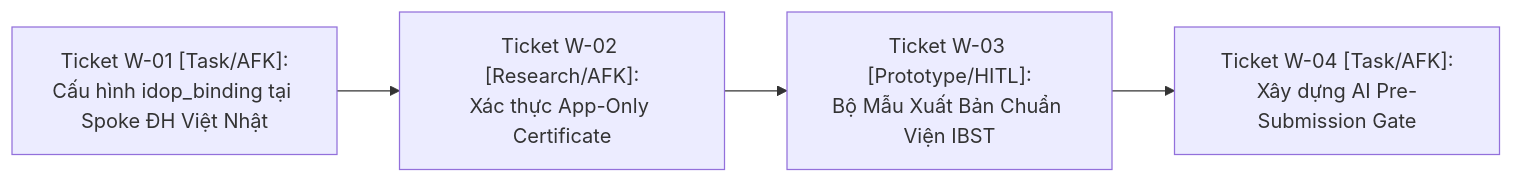
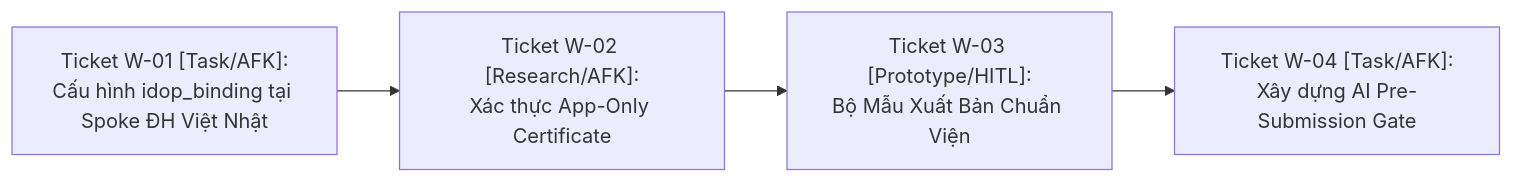
The diagram in .md/knowledge/issues/idop-bridge/map.md (vvChu/ccba-agent-platform), drawn with Mermaid before and after one commit. The commit also changed other lines of this file and 17 other files, not shown here.

````diff
--- a/.md/knowledge/issues/idop-bridge/map.md
+++ b/.md/knowledge/issues/idop-bridge/map.md
@@ -34,6 +34,6 @@
 ```mermaid
 graph LR
     W01["Ticket W-01 [Task/AFK]:<br/>Cấu hình idop_binding tại Spoke ĐH Việt Nhật"] --> W02["Ticket W-02 [Research/AFK]:<br/>Xác thực App-Only Certificate"]
-    W02 --> W03["Ticket W-03 [Prototype/HITL]:<br/>Bộ Mẫu Xuất Bản Chuẩn Viện IBST"]
+    W02 --> W03["Ticket W-03 [Prototype/HITL]:<br/>Bộ Mẫu Xuất Bản Chuẩn Viện"]
     W03 --> W04["Ticket W-04 [Task/AFK]:<br/>Xây dựng AI Pre-Submission Gate"]
 ```
````
